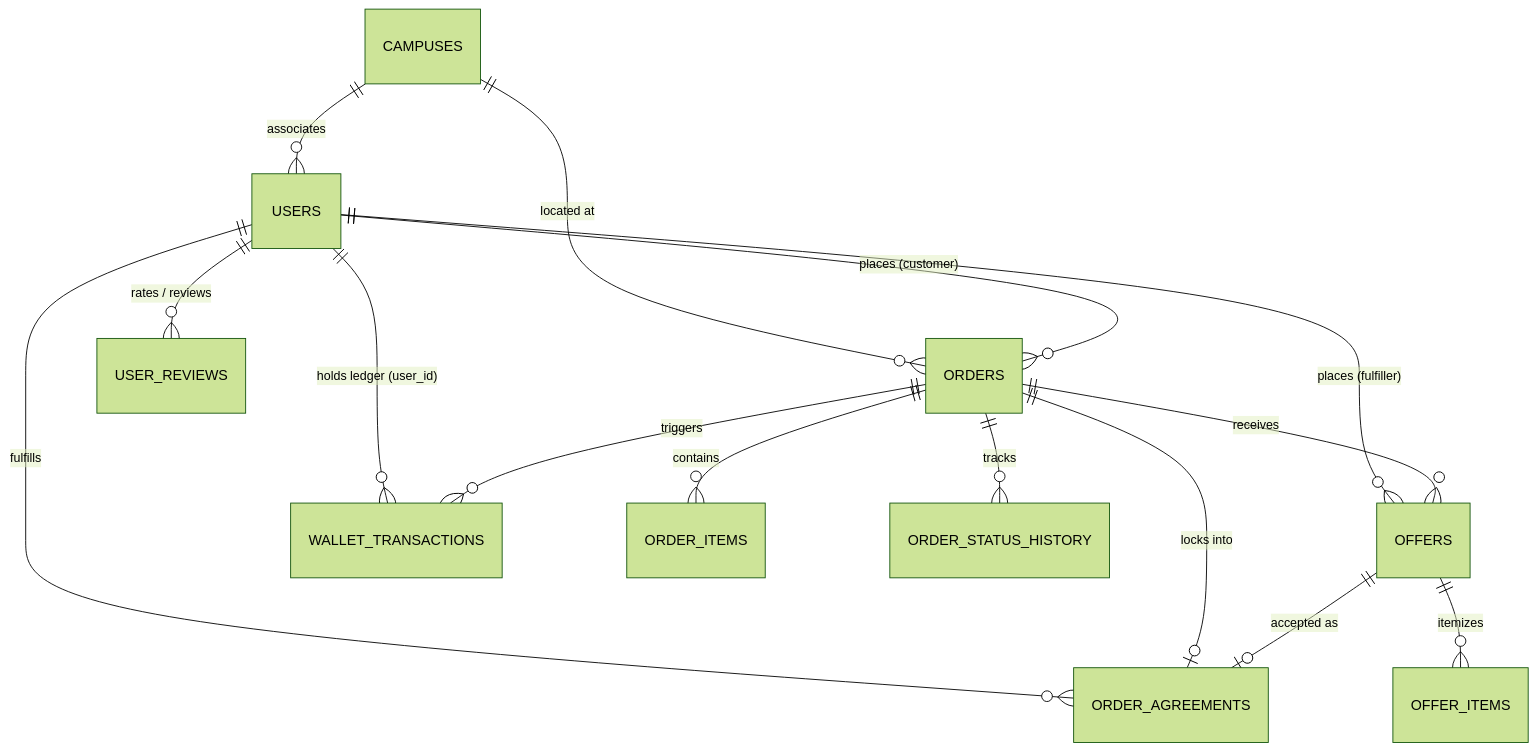
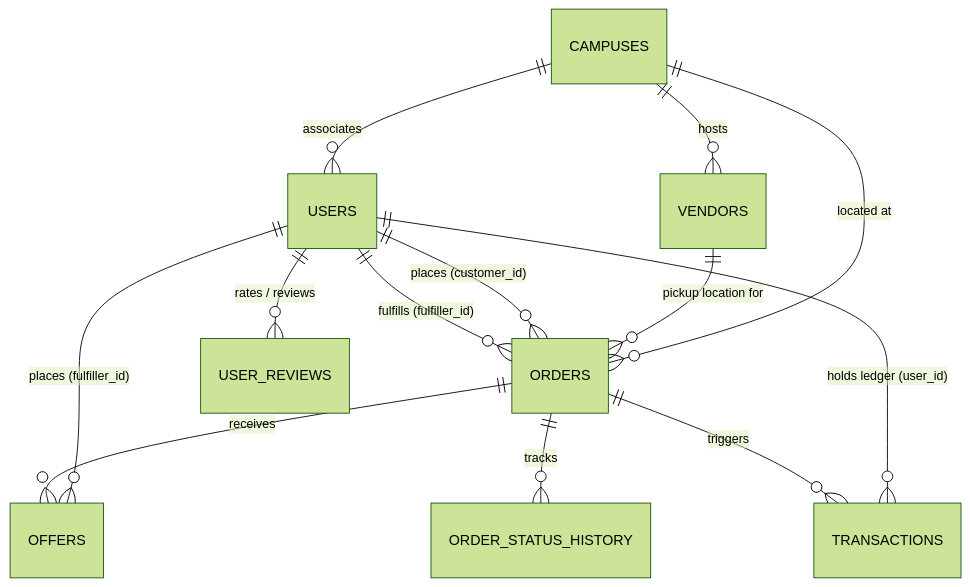
The first of 2 diagrams in docs/db.md (dag-shell/dormshi-app), drawn with Mermaid (forest theme) before and after one commit. The commit also changed other lines of this file and 11 other files, not shown here.

````diff
--- a/docs/db.md
+++ b/docs/db.md
@@ -53,20 +53,18 @@
 ```mermaid
 erDiagram
     CAMPUSES ||--o{ USERS : "associates"
+    CAMPUSES ||--o{ VENDORS : "hosts"
     CAMPUSES ||--o{ ORDERS : "located at"
 
-    USERS ||--o{ ORDERS : "places (customer)"
-    USERS ||--o{ OFFERS : "places (fulfiller)"
-    USERS ||--o{ ORDER_AGREEMENTS : "fulfills"
-    USERS ||--o{ WALLET_TRANSACTIONS : "holds ledger (user_id)"
+    VENDORS ||--o{ ORDERS : "pickup location for"
+
+    USERS ||--o{ ORDERS : "places (customer_id)"
+    USERS ||--o{ ORDERS : "fulfills (fulfiller_id)"
+    USERS ||--o{ OFFERS : "places (fulfiller_id)"
+    USERS ||--o{ TRANSACTIONS : "holds ledger (user_id)"
     USERS ||--o{ USER_REVIEWS : "rates / reviews"
 
-    ORDERS ||--o{ ORDER_ITEMS : "contains"
     ORDERS ||--o{ OFFERS : "receives"
-    ORDERS ||--o| ORDER_AGREEMENTS : "locks into"
     ORDERS ||--o{ ORDER_STATUS_HISTORY : "tracks"
-    ORDERS ||--o{ WALLET_TRANSACTIONS : "triggers"
-
-    OFFERS ||--o{ OFFER_ITEMS : "itemizes"
-    OFFERS ||--o| ORDER_AGREEMENTS : "accepted as"
+    ORDERS ||--o{ TRANSACTIONS : "triggers"
 ```
````
